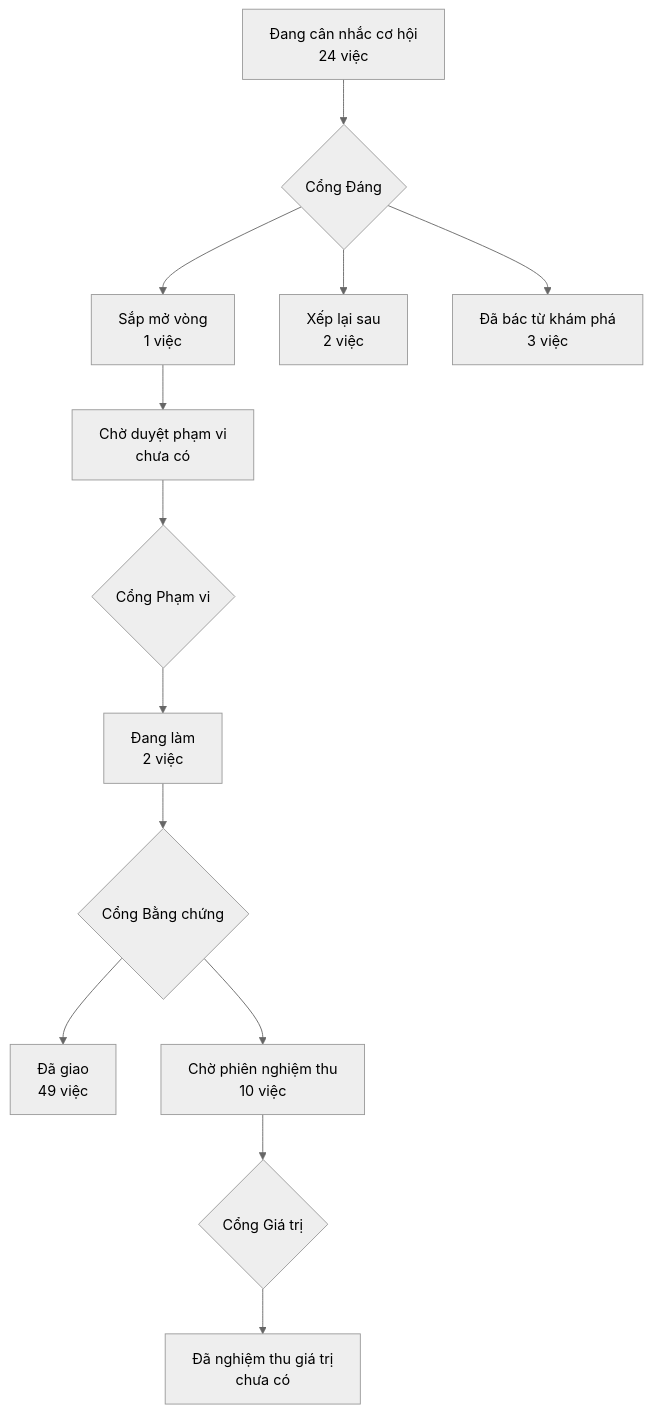
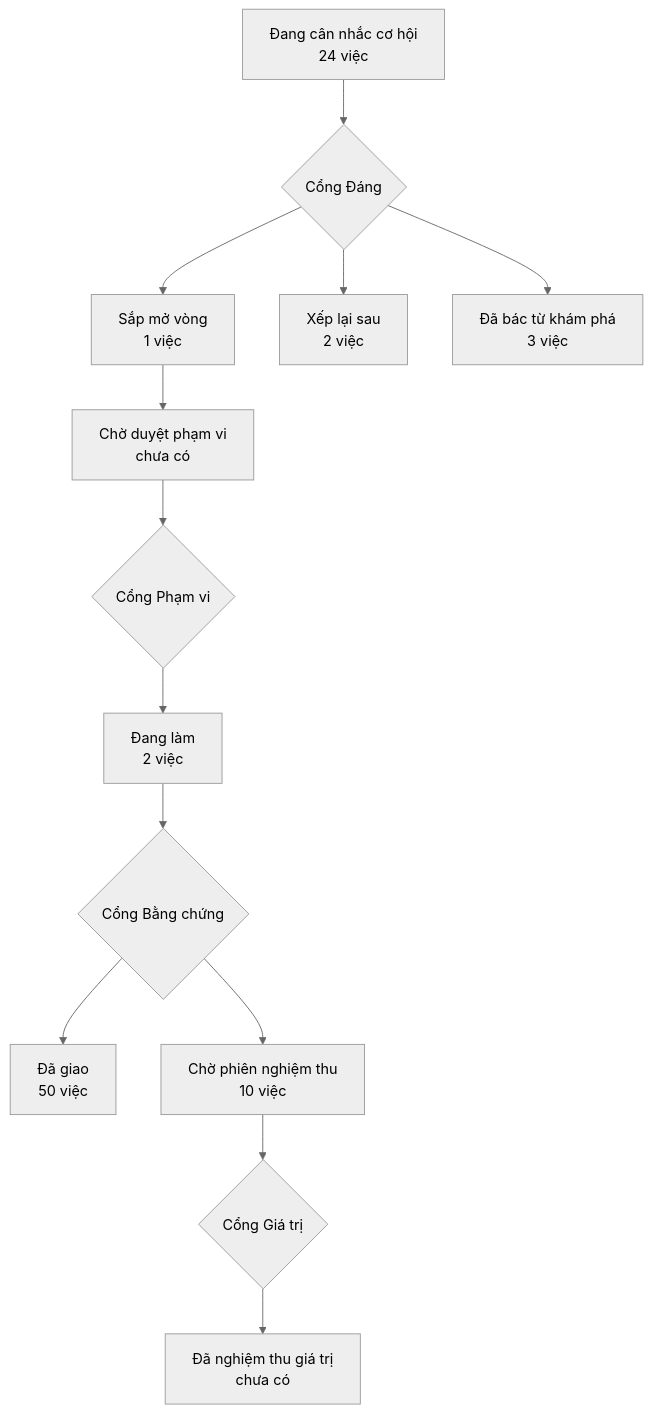
One commit to phanlemanh/acceptance-gate-kit changed the diagram in PRODUCT-MAP.md. Above: the diagram before and after it, drawn with Mermaid (neutral theme).

Commit message:
chore(product-map): vẽ lại sau khi gộp main mang mốc 2.11.0

````diff
--- a/PRODUCT-MAP.md
+++ b/PRODUCT-MAP.md
@@ -6,12 +6,12 @@
 ```mermaid
 flowchart TD
   A["Đang cân nhắc cơ hội<br/>24 việc"] --> GD{"Cổng Đáng"}
   GD --> B["Sắp mở vòng<br/>1 việc"]
   GD --> XL["Xếp lại sau<br/>2 việc"]
   GD --> DB["Đã bác từ khám phá<br/>3 việc"]
   B --> CD["Chờ duyệt phạm vi<br/>chưa có"] --> GP{"Cổng Phạm vi"}
   GP --> DL["Đang làm<br/>2 việc"] --> GB{"Cổng Bằng chứng"}
-  GB --> DG["Đã giao<br/>49 việc"]
+  GB --> DG["Đã giao<br/>50 việc"]
   GB --> CN["Chờ phiên nghiệm thu<br/>10 việc"] --> GG{"Cổng Giá trị"}
   GG --> NT["Đã nghiệm thu giá trị<br/>chưa có"]
 ```
````
